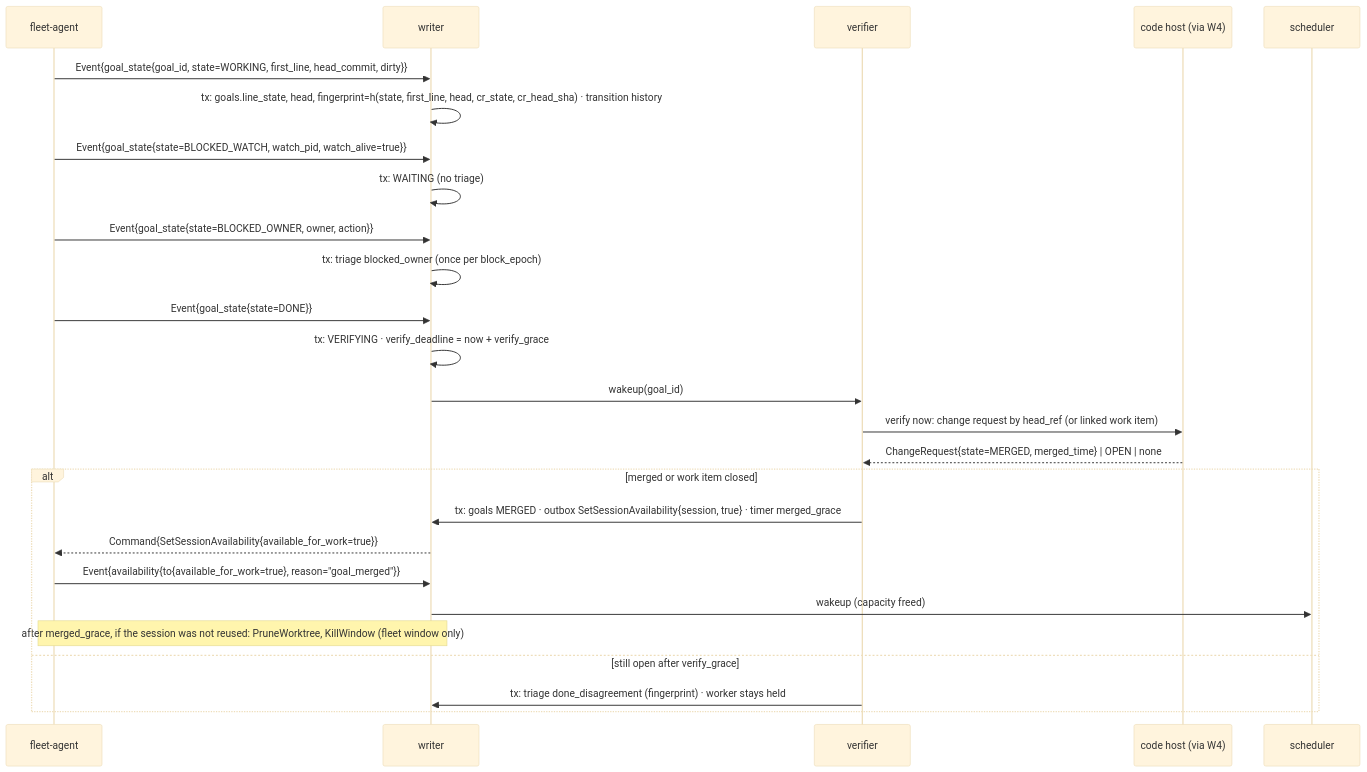
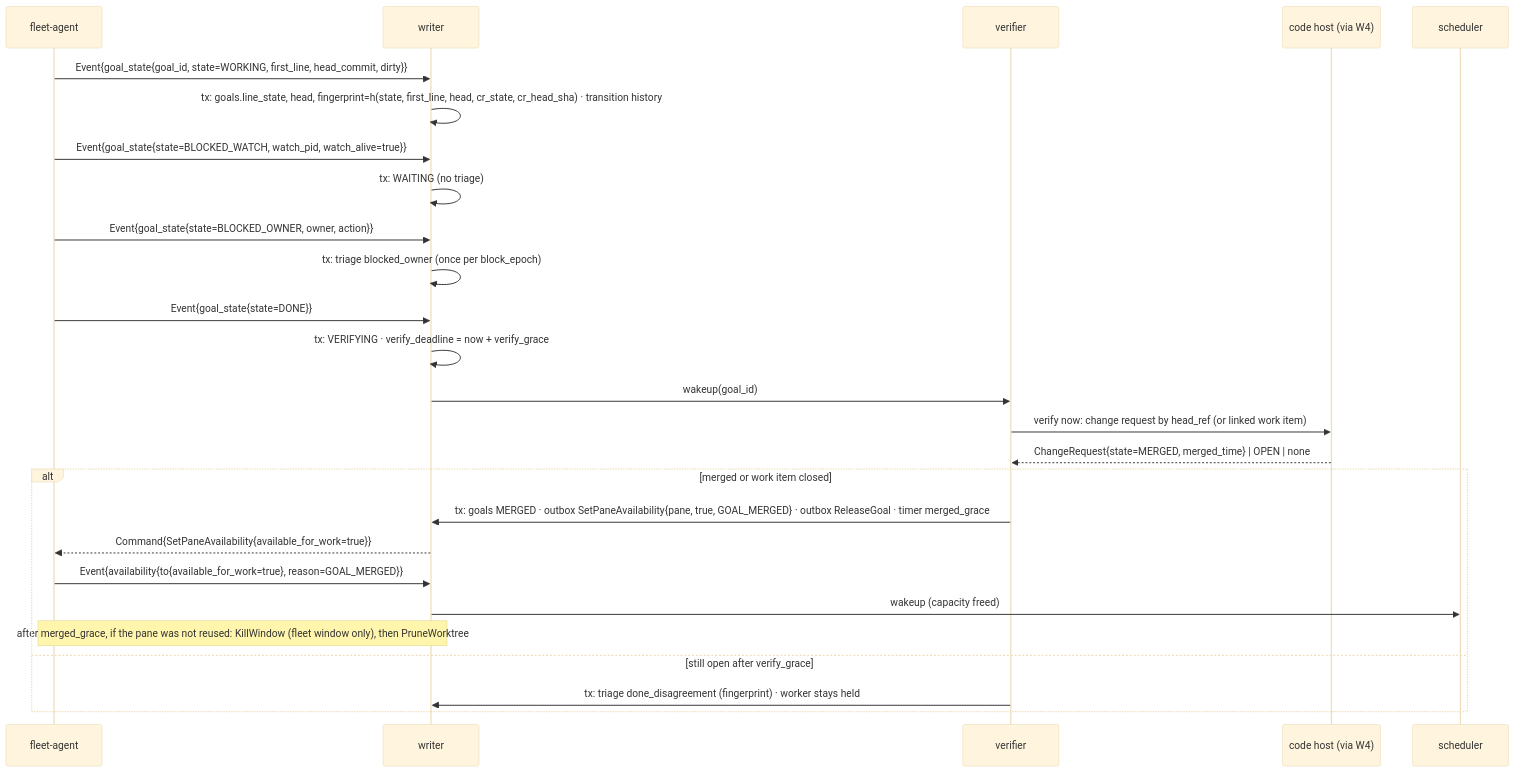
Before and after one commit to linuxdynasty/fleet-board: the third of 4 diagrams in docs/specs/03c-goals.md, drawn with Mermaid (base theme). The commit also changed other lines of this file and 42 other files, not shown here.

First line of the commit message:
fix(api): goal binding, session reuse and pane signals (contract review theme C)

````diff
--- a/docs/specs/03c-goals.md
+++ b/docs/specs/03c-goals.md
@@ -215,28 +242,28 @@
 ```mermaid
 sequenceDiagram
   participant A as fleet-agent
   participant W as writer
   participant V as verifier
   participant C as code host (via W4)
   participant S as scheduler
   A->>W: Event{goal_state{goal_id, state=WORKING, first_line, head_commit, dirty}}
   W->>W: tx: goals.line_state, head, fingerprint=h(state, first_line, head, cr_state, cr_head_sha) · transition history
   A->>W: Event{goal_state{state=BLOCKED_WATCH, watch_pid, watch_alive=true}}
   W->>W: tx: WAITING (no triage)
   A->>W: Event{goal_state{state=BLOCKED_OWNER, owner, action}}
   W->>W: tx: triage blocked_owner (once per block_epoch)
   A->>W: Event{goal_state{state=DONE}}
   W->>W: tx: VERIFYING · verify_deadline = now + verify_grace
   W->>V: wakeup(goal_id)
   V->>C: verify now: change request by head_ref (or linked work item)
   C-->>V: ChangeRequest{state=MERGED, merged_time} | OPEN | none
   alt merged or work item closed
-    V->>W: tx: goals MERGED · outbox SetSessionAvailability{session, true} · timer merged_grace
-    W-->>A: Command{SetSessionAvailability{available_for_work=true}}
-    A->>W: Event{availability{to{available_for_work=true}, reason="goal_merged"}}
+    V->>W: tx: goals MERGED · outbox SetPaneAvailability{pane, true, GOAL_MERGED} · outbox ReleaseGoal · timer merged_grace
+    W-->>A: Command{SetPaneAvailability{available_for_work=true}}
+    A->>W: Event{availability{to{available_for_work=true}, reason=GOAL_MERGED}}
     W->>S: wakeup (capacity freed)
-    Note over W,A: after merged_grace, if the session was not reused: PruneWorktree, KillWindow (fleet window only)
+    Note over W,A: after merged_grace, if the pane was not reused: KillWindow (fleet window only), then PruneWorktree
   else still open after verify_grace
     V->>W: tx: triage done_disagreement (fingerprint) · worker stays held
   end
 ```
````
